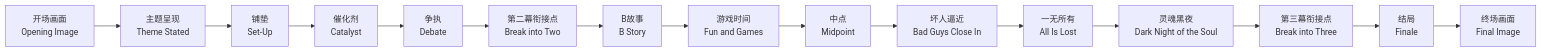
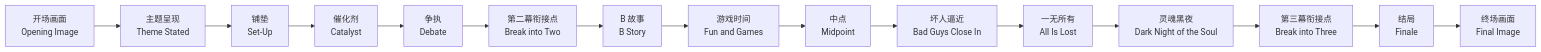
One commit to Tianshang301/TianshangKnowledgeBase changed the first of 2 diagrams in 06_ArtsAndCreativity/DramaAndFilm/Screenwriting/剧本创作.md. Above: the diagram before and after it, drawn with Mermaid. The commit also changed other lines of this file and 2257 other files, not shown here.

````diff
--- a/06_ArtsAndCreativity/DramaAndFilm/Screenwriting/剧本创作.md
+++ b/06_ArtsAndCreativity/DramaAndFilm/Screenwriting/剧本创作.md
@@ -62,17 +62,17 @@
 ```mermaid
 graph LR
     A[开场画面<br/>Opening Image] --> B[主题呈现<br/>Theme Stated]
     B --> C[铺垫<br/>Set-Up]
     C --> D[催化剂<br/>Catalyst]
     D --> E[争执<br/>Debate]
     E --> F[第二幕衔接点<br/>Break into Two]
-    F --> G[B故事<br/>B Story]
+    F --> G[B 故事<br/>B Story]
     G --> H[游戏时间<br/>Fun and Games]
     H --> I[中点<br/>Midpoint]
     I --> J[坏人逼近<br/>Bad Guys Close In]
     J --> K[一无所有<br/>All Is Lost]
     K --> L[灵魂黑夜<br/>Dark Night of the Soul]
     L --> M[第三幕衔接点<br/>Break into Three]
     M --> N[结局<br/>Finale]
     N --> O[终场画面<br/>Final Image]
 ```
````
